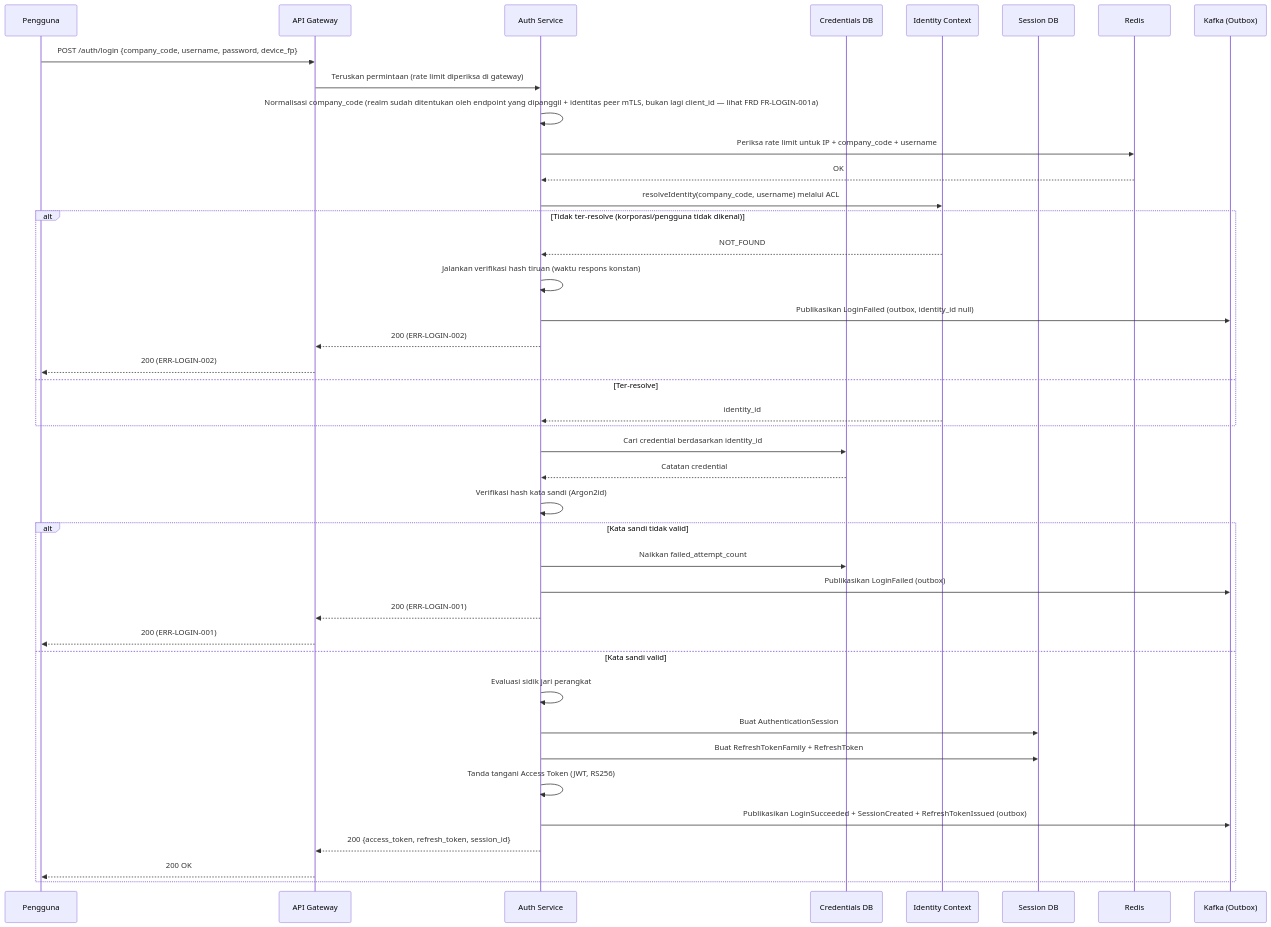
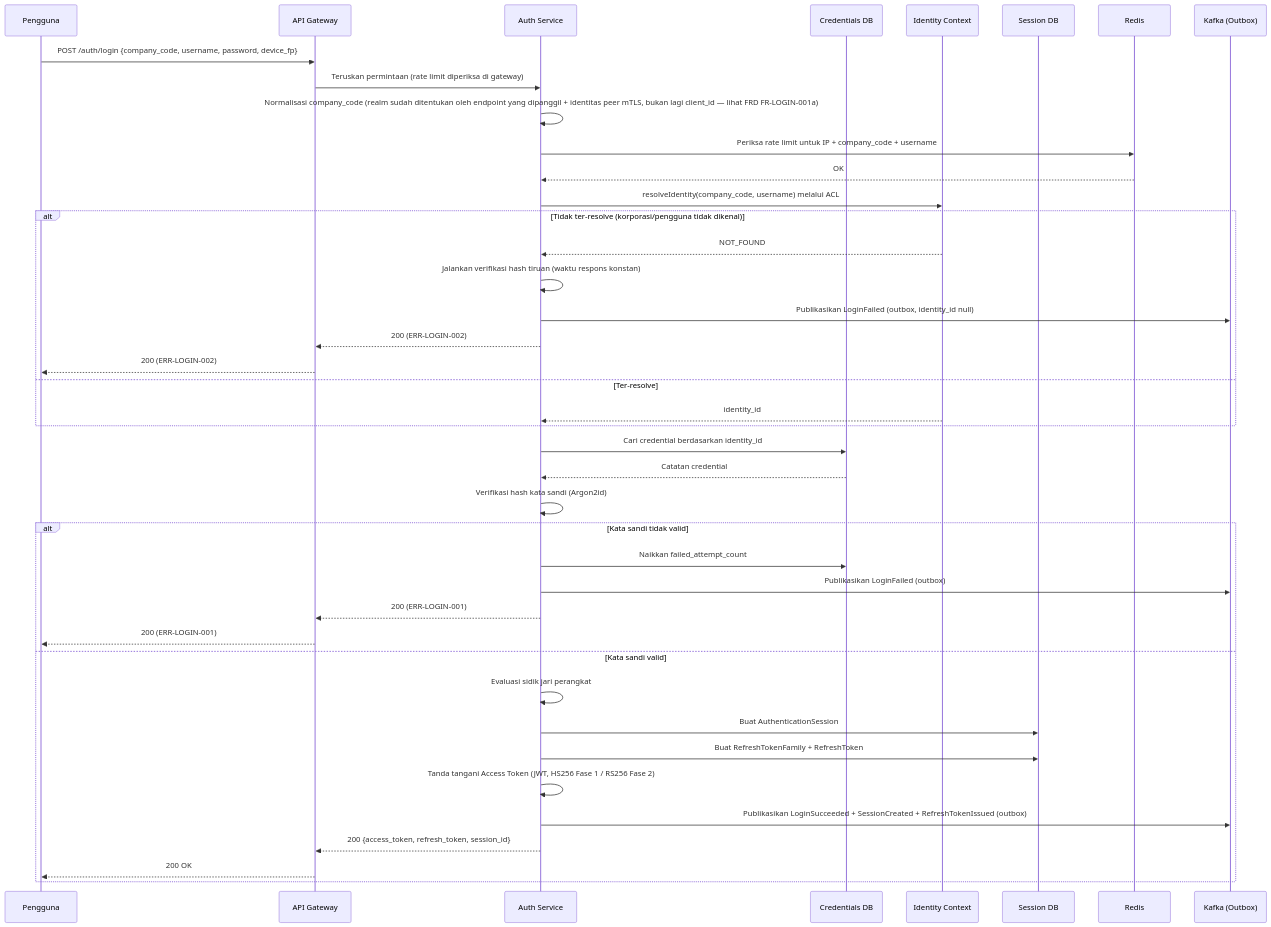
The seventh of 15 diagrams in authentication-module-prd_id.md (kurnhyalcantara/docs), drawn with Mermaid before and after one commit. The commit also changed other lines of this file, not shown here.

````diff
--- a/authentication-module-prd_id.md
+++ b/authentication-module-prd_id.md
@@ -1840,44 +1842,44 @@
 ```mermaid
 sequenceDiagram
     participant U as Pengguna
     participant AP as API Gateway
     participant AS as Auth Service
     participant CR as Credentials DB
     participant ID as Identity Context
     participant SD as Session DB
     participant RD as Redis
     participant KB as Kafka (Outbox)
 
     U->>AP: POST /auth/login {company_code, username, password, device_fp}
     AP->>AS: Teruskan permintaan (rate limit diperiksa di gateway)
     AS->>AS: Normalisasi company_code (realm sudah ditentukan oleh endpoint yang dipanggil + identitas peer mTLS, bukan lagi client_id — lihat FRD FR-LOGIN-001a)
     AS->>RD: Periksa rate limit untuk IP + company_code + username
     RD-->>AS: OK
     AS->>ID: resolveIdentity(company_code, username) melalui ACL
     alt Tidak ter-resolve (korporasi/pengguna tidak dikenal)
         ID-->>AS: NOT_FOUND
         AS->>AS: Jalankan verifikasi hash tiruan (waktu respons konstan)
         AS->>KB: Publikasikan LoginFailed (outbox, identity_id null)
         AS-->>AP: 200 (ERR-LOGIN-002)
         AP-->>U: 200 (ERR-LOGIN-002)
     else Ter-resolve
         ID-->>AS: identity_id
     end
     AS->>CR: Cari credential berdasarkan identity_id
     CR-->>AS: Catatan credential
     AS->>AS: Verifikasi hash kata sandi (Argon2id)
     alt Kata sandi tidak valid
         AS->>CR: Naikkan failed_attempt_count
         AS->>KB: Publikasikan LoginFailed (outbox)
         AS-->>AP: 200 (ERR-LOGIN-001)
         AP-->>U: 200 (ERR-LOGIN-001)
     else Kata sandi valid
         AS->>AS: Evaluasi sidik jari perangkat
         AS->>SD: Buat AuthenticationSession
         AS->>SD: Buat RefreshTokenFamily + RefreshToken
-        AS->>AS: Tanda tangani Access Token (JWT, RS256)
+        AS->>AS: Tanda tangani Access Token (JWT, HS256 Fase 1 / RS256 Fase 2)
         AS->>KB: Publikasikan LoginSucceeded + SessionCreated + RefreshTokenIssued (outbox)
         AS-->>AP: 200 {access_token, refresh_token, session_id}
         AP-->>U: 200 OK
     end
 ```
````
